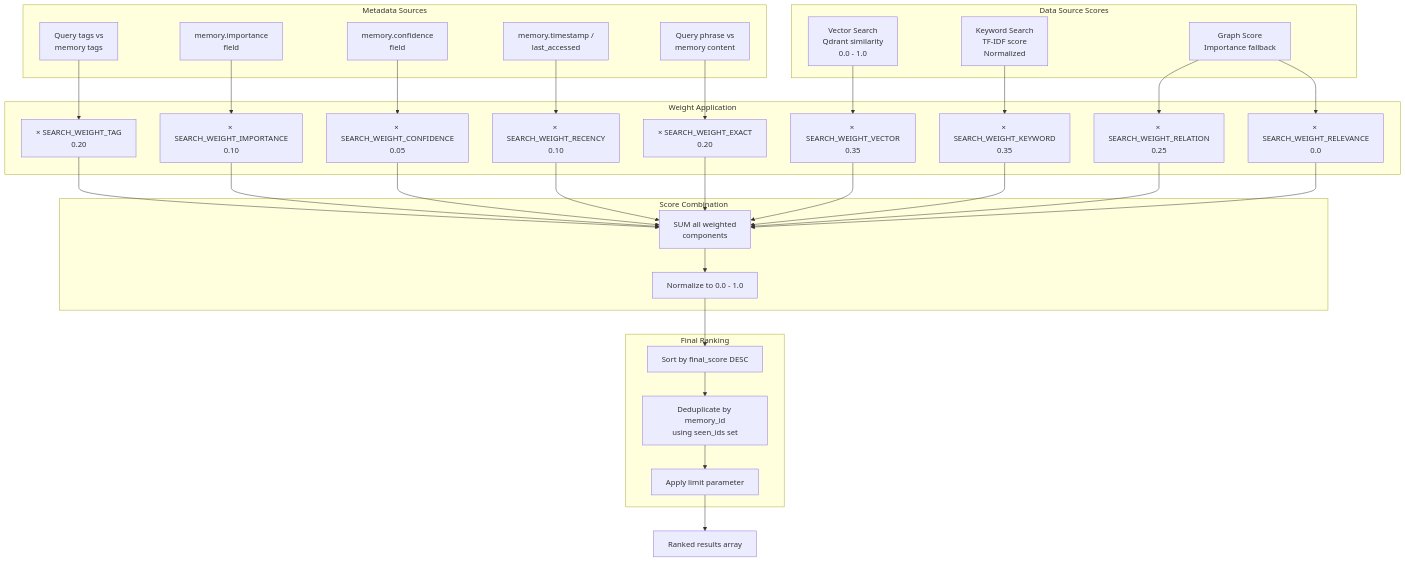
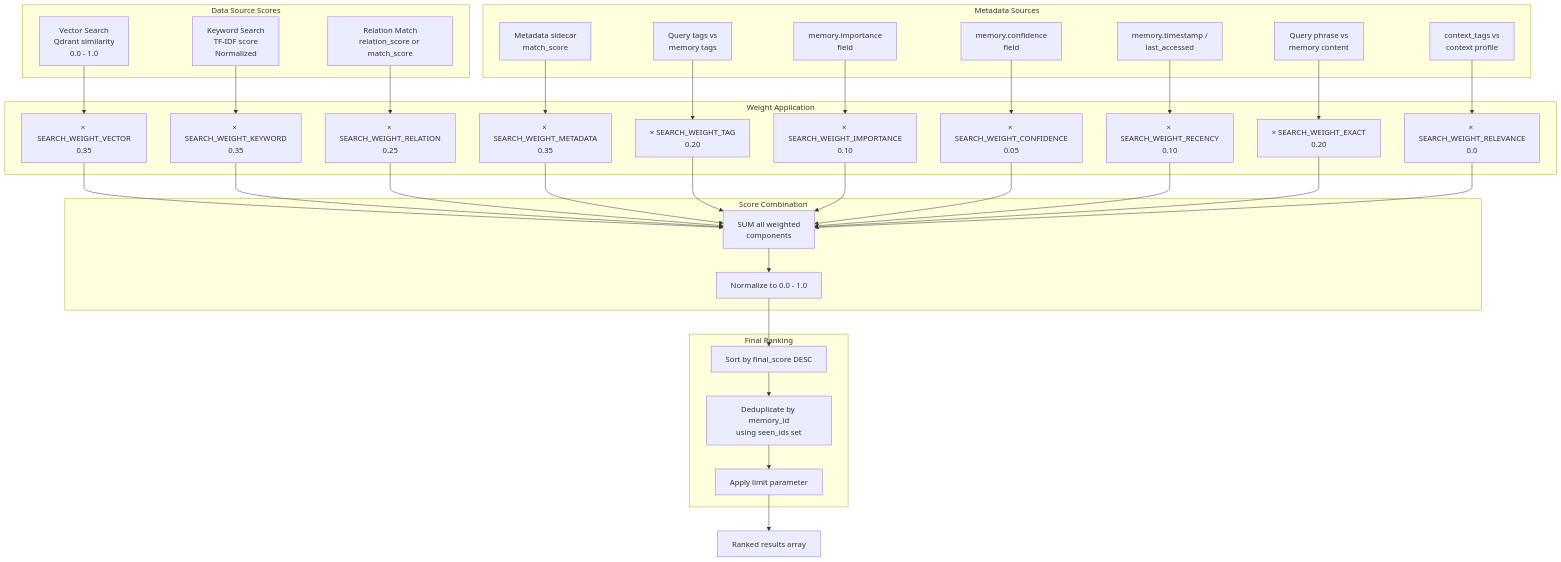
The third of 3 diagrams in src/content/docs/docs/core-concepts/hybrid-search.md (verygoodplugins/automem-website), drawn with Mermaid before and after one commit. The commit also changed other lines of this file, not shown here.

Commit message:
docs: complete hybrid scoring diagrams

````diff
--- a/src/content/docs/docs/core-concepts/hybrid-search.md
+++ b/src/content/docs/docs/core-concepts/hybrid-search.md
@@ -231,67 +237,72 @@
 ```mermaid
 flowchart TD
     subgraph sources ["Data Source Scores"]
         VS["Vector Search<br/>Qdrant similarity<br/>0.0 - 1.0"]
         KS["Keyword Search<br/>TF-IDF score<br/>Normalized"]
-        GS["Graph Score<br/>Importance fallback"]
+        RelSrc["Relation Match<br/>relation_score or match_score"]
     end
 
     subgraph metadata ["Metadata Sources"]
+        MetaSrc["Metadata sidecar<br/>match_score"]
         TagSrc["Query tags vs<br/>memory tags"]
         ImpSrc["memory.importance<br/>field"]
         ConfSrc["memory.confidence<br/>field"]
         RecSrc["memory.timestamp /<br/>last_accessed"]
         ExSrc["Query phrase vs<br/>memory content"]
+        ContextSrc["context_tags vs<br/>context profile"]
     end
 
     subgraph weights ["Weight Application"]
         VW["× SEARCH_WEIGHT_VECTOR<br/>0.35"]
         KW["× SEARCH_WEIGHT_KEYWORD<br/>0.35"]
+        MetaW["× SEARCH_WEIGHT_METADATA<br/>0.35"]
         TagW["× SEARCH_WEIGHT_TAG<br/>0.20"]
         IW["× SEARCH_WEIGHT_IMPORTANCE<br/>0.10"]
         ConfW["× SEARCH_WEIGHT_CONFIDENCE<br/>0.05"]
         RecW["× SEARCH_WEIGHT_RECENCY<br/>0.10"]
         ExW["× SEARCH_WEIGHT_EXACT<br/>0.20"]
         RW["× SEARCH_WEIGHT_RELATION<br/>0.25"]
         CtxW["× SEARCH_WEIGHT_RELEVANCE<br/>0.0"]
     end
 
     subgraph combination ["Score Combination"]
         Sum["SUM all weighted<br/>components"]
         Normalize["Normalize to 0.0 - 1.0"]
     end
 
     subgraph output ["Final Ranking"]
         Sort["Sort by final_score DESC"]
         Dedup["Deduplicate by memory_id<br/>using seen_ids set"]
         Limit["Apply limit parameter"]
     end
 
     Results["Ranked results array"]
 
     VS --> VW
     KS --> KW
+    MetaSrc --> MetaW
     TagSrc --> TagW
     ImpSrc --> IW
     ConfSrc --> ConfW
     RecSrc --> RecW
     ExSrc --> ExW
-    GS --> RW
-    GS --> CtxW
+    RelSrc --> RW
+    ContextSrc --> CtxW
 
     VW --> Sum
     KW --> Sum
+    MetaW --> Sum
     TagW --> Sum
     IW --> Sum
     ConfW --> Sum
     RecW --> Sum
     ExW --> Sum
     RW --> Sum
     CtxW --> Sum
 
     Sum --> Normalize
     Normalize --> Sort
     Sort --> Dedup
     Dedup --> Limit
     Limit --> Results
 ```
````
